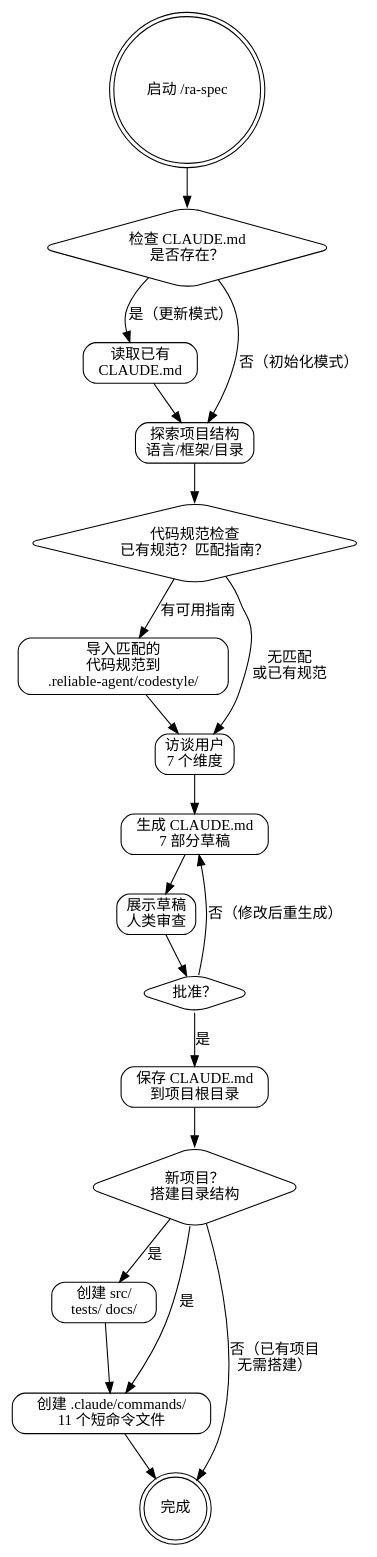
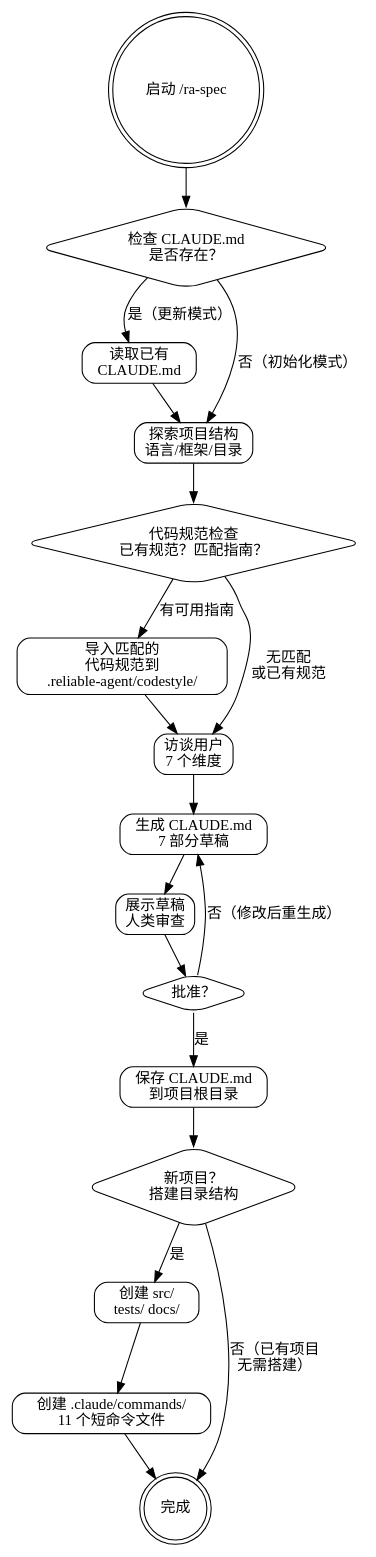
One commit to sueichen/reliable-agent changed the diagram in skills/ra-spec/SKILL.md. Above: the diagram before and after it, drawn with Graphviz. The commit also changed other lines of this file, not shown here.

First line of the commit message:
fix(skills): resolve review findings for ra-spec .claude/commands/ feature

````diff
--- a/skills/ra-spec/SKILL.md
+++ b/skills/ra-spec/SKILL.md
@@ -29,42 +29,41 @@
 ```dot
 digraph reliable_spec {
     rankdir=TB;
     node [shape=box, style=rounded];
 
     start [label="启动 /ra-spec", shape=doublecircle];
     check_existing [label="检查 CLAUDE.md\n是否存在？", shape=diamond];
     read_existing [label="读取已有\nCLAUDE.md"];
     explore [label="探索项目结构\n语言/框架/目录"];
     codestyle_check [label="代码规范检查\n已有规范？匹配指南？", shape=diamond];
     import_style [label="导入匹配的\n代码规范到\n.reliable-agent/codestyle/"];
     interview [label="访谈用户\n7 个维度"];
     generate [label="生成 CLAUDE.md\n7 部分草稿"];
     present [label="展示草稿\n人类审查"];
     approved [label="批准？", shape=diamond];
     save [label="保存 CLAUDE.md\n到项目根目录"];
     scaffold [label="新项目？\n搭建目录结构", shape=diamond];
     create_dirs [label="创建 src/\ntests/ docs/"];
     create_commands [label="创建 .claude/commands/\n11 个短命令文件"];
     done [label="完成", shape=doublecircle];
 
     start -> check_existing;
     check_existing -> read_existing [label="是（更新模式）"];
     check_existing -> explore [label="否（初始化模式）"];
     read_existing -> explore;
     explore -> codestyle_check;
     codestyle_check -> import_style [label="有可用指南"];
     codestyle_check -> interview [label="无匹配\n或已有规范"];
     import_style -> interview;
     interview -> generate;
     generate -> present;
     present -> approved;
     approved -> save [label="是"];
     approved -> generate [label="否（修改后重生成）"];
     save -> scaffold;
     scaffold -> create_dirs [label="是"];
-    scaffold -> create_commands [label="是"];
     scaffold -> done [label="否（已有项目\n无需搭建）"];
     create_dirs -> create_commands;
     create_commands -> done;
 }
 ```
````
